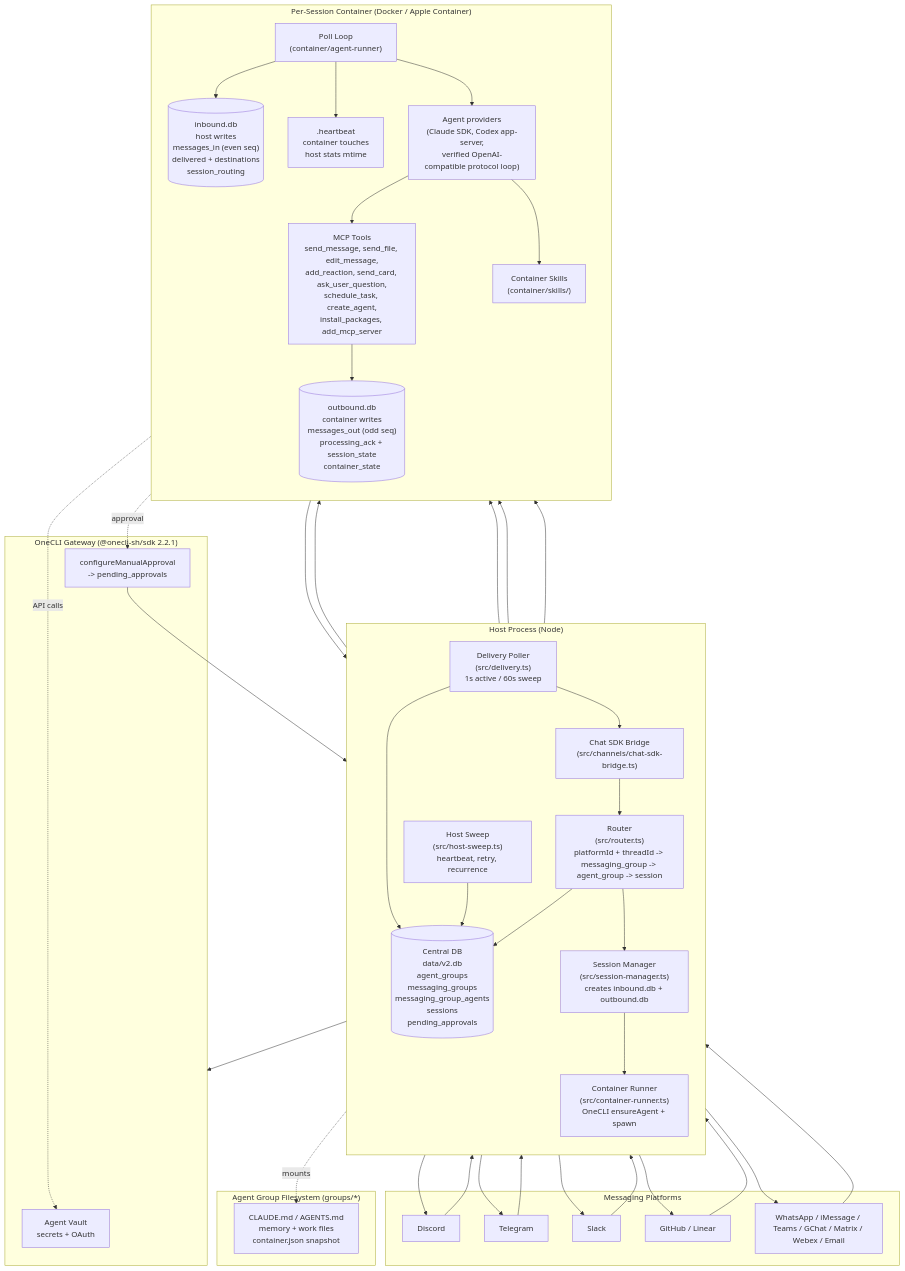
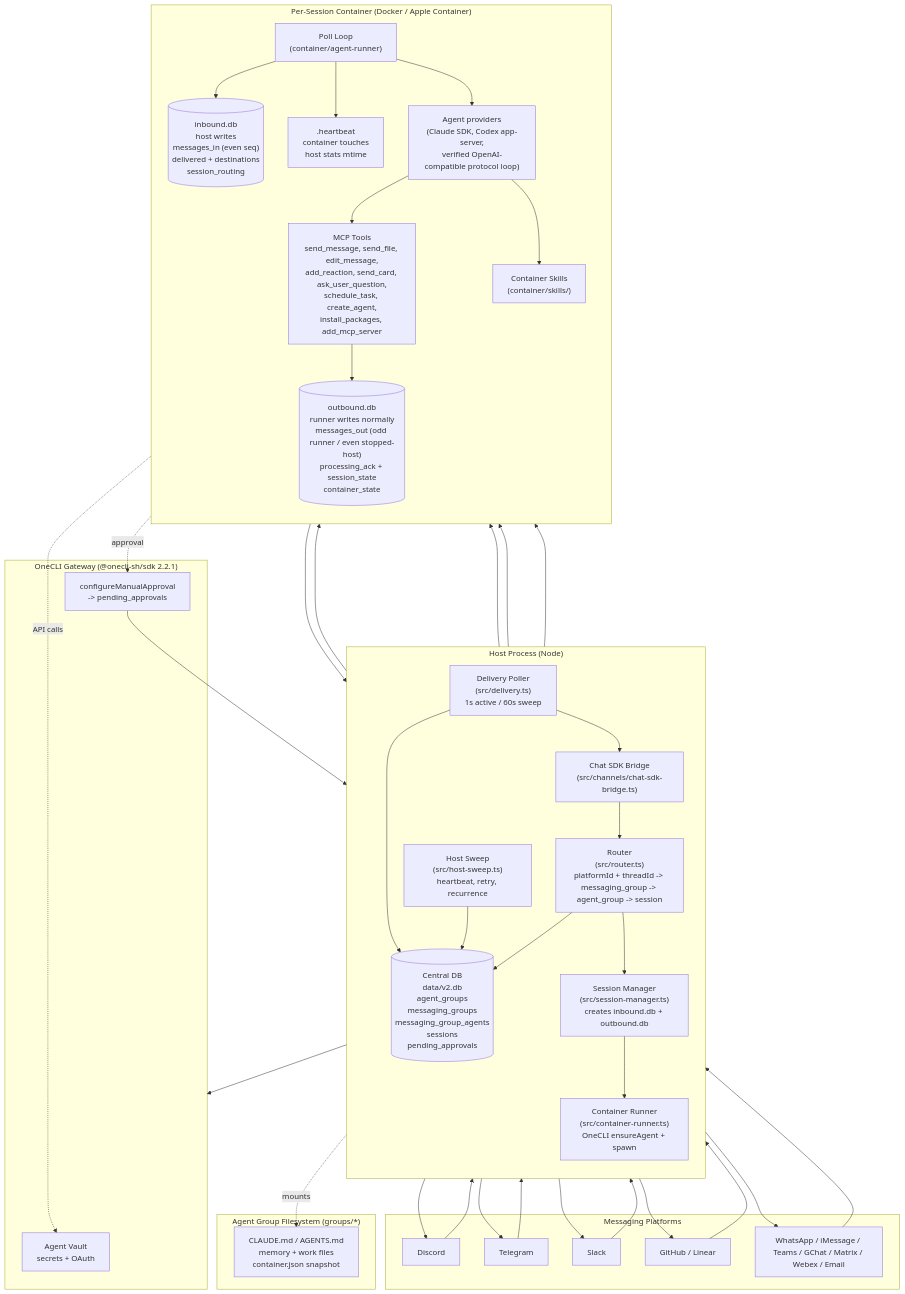
The first of 5 diagrams in docs/architecture-diagram.md (albanleandri/nanoclaw), drawn with Mermaid before and after one commit. The commit also changed other lines of this file and 9 other files, not shown here.

Commit message:
docs(db): clarify sequence and writer invariants

````diff
--- a/docs/architecture-diagram.md
+++ b/docs/architecture-diagram.md
@@ -5,67 +5,67 @@
 ```mermaid
 flowchart TB
   subgraph Platforms["Messaging Platforms"]
     P1[Discord]
     P2[Telegram]
     P3[Slack]
     P4[GitHub / Linear]
     P5[WhatsApp / iMessage / Teams / GChat / Matrix / Webex / Email]
   end
 
   subgraph Host["Host Process (Node)"]
     direction TB
     Bridge["Chat SDK Bridge<br/>(src/channels/chat-sdk-bridge.ts)"]
     Router["Router<br/>(src/router.ts)<br/>platformId + threadId -> messaging_group -> agent_group -> session"]
     SessMgr["Session Manager<br/>(src/session-manager.ts)<br/>creates inbound.db + outbound.db"]
     Runner["Container Runner<br/>(src/container-runner.ts)<br/>OneCLI ensureAgent + spawn"]
     Delivery["Delivery Poller<br/>(src/delivery.ts)<br/>1s active / 60s sweep"]
     Sweep["Host Sweep<br/>(src/host-sweep.ts)<br/>heartbeat, retry, recurrence"]
     Central[("Central DB<br/>data/v2.db<br/>agent_groups<br/>messaging_groups<br/>messaging_group_agents<br/>sessions<br/>pending_approvals")]
   end
 
   subgraph OneCLI["OneCLI Gateway (@onecli-sh/sdk 2.2.1)"]
     Vault["Agent Vault<br/>secrets + OAuth"]
     Approvals["configureManualApproval<br/>-> pending_approvals"]
   end
 
   subgraph Session["Per-Session Container (Docker / Apple Container)"]
     direction TB
     PollLoop["Poll Loop<br/>(container/agent-runner)"]
     Provider["Agent providers<br/>(Claude SDK, Codex app-server,<br/>verified OpenAI-compatible protocol loop)"]
     MCP["MCP Tools<br/>send_message, send_file, edit_message,<br/>add_reaction, send_card, ask_user_question,<br/>schedule_task, create_agent,<br/>install_packages, add_mcp_server"]
     Skills["Container Skills<br/>(container/skills/)"]
     InDB[("inbound.db<br/>host writes<br/>messages_in (even seq)<br/>delivered + destinations<br/>session_routing")]
-    OutDB[("outbound.db<br/>container writes<br/>messages_out (odd seq)<br/>processing_ack + session_state<br/>container_state")]
+    OutDB[("outbound.db<br/>runner writes normally<br/>messages_out (odd runner / even stopped-host)<br/>processing_ack + session_state<br/>container_state")]
     Heartbeat[".heartbeat<br/>container touches<br/>host stats mtime"]
   end
 
   subgraph Groups["Agent Group Filesystem (groups/*)"]
     Folder["CLAUDE.md / AGENTS.md<br/>memory + work files<br/>container.json snapshot"]
   end
 
   P1 & P2 & P3 & P4 & P5 --> Bridge
   Bridge --> Router
   Router --> Central
   Router --> SessMgr
   SessMgr --> InDB
   SessMgr --> Runner
   Runner --> OneCLI
   Runner --> PollLoop
   PollLoop --> InDB
   PollLoop --> Heartbeat
   PollLoop --> Provider
   Provider --> MCP
   Provider --> Skills
   MCP --> OutDB
   OutDB --> Delivery
   Delivery --> Central
   Delivery --> Bridge
   Bridge --> P1 & P2 & P3 & P4 & P5
   Sweep --> InDB
   Sweep --> OutDB
   Sweep --> Central
   Runner -.mounts.-> Folder
   MCP -.approval.-> Approvals
   Approvals --> Central
   Provider -.API calls.-> Vault
 ```
````
